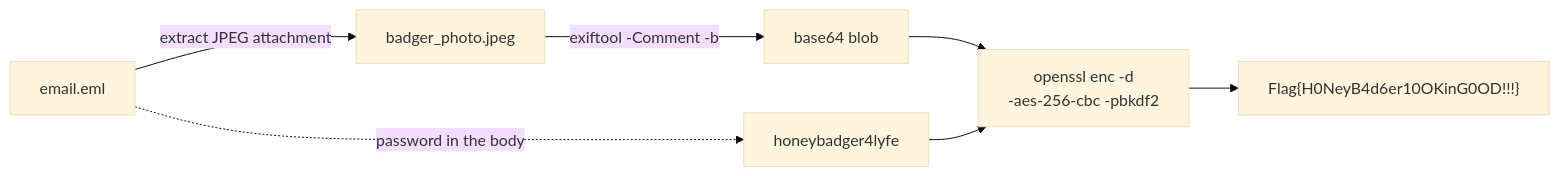
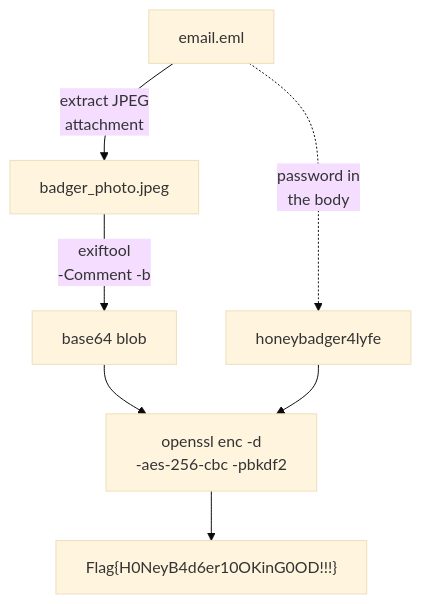
Before and after one commit to jdtherobot/jdtherobot.github.io: the diagram in src/content/readmes/steganography-ctf/lvl-1.md, drawn with Mermaid (base theme). The commit also changed 8 other files, not shown here.

````diff
--- a/src/content/readmes/steganography-ctf/lvl-1.md
+++ b/src/content/readmes/steganography-ctf/lvl-1.md
@@ -21,9 +21,9 @@
 ```mermaid
-flowchart LR
-  A["email.eml"] -->|"extract JPEG attachment"| B["badger_photo.jpeg"]
-  A -.->|"password in the body"| K["honeybadger4lyfe"]
-  B -->|"exiftool -Comment -b"| C["base64 blob"]
+flowchart TD
+  A["email.eml"] -->|"extract JPEG<br/>attachment"| B["badger_photo.jpeg"]
+  A -.->|"password in<br/>the body"| K["honeybadger4lyfe"]
+  B -->|"exiftool<br/>-Comment -b"| C["base64 blob"]
   C --> D["openssl enc -d<br/>-aes-256-cbc -pbkdf2"]
   K --> D
   D --> E["Flag{H0NeyB4d6er10OKinG0OD!!!}"]
 ```
````
